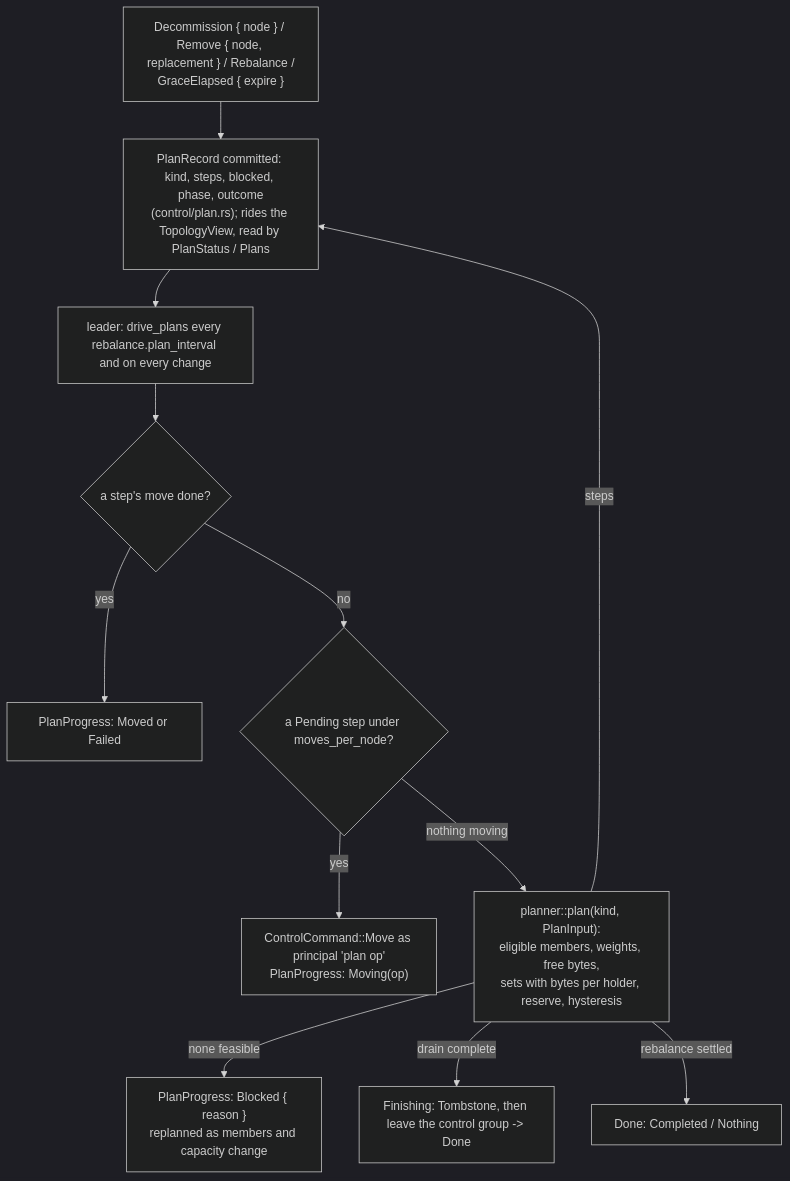
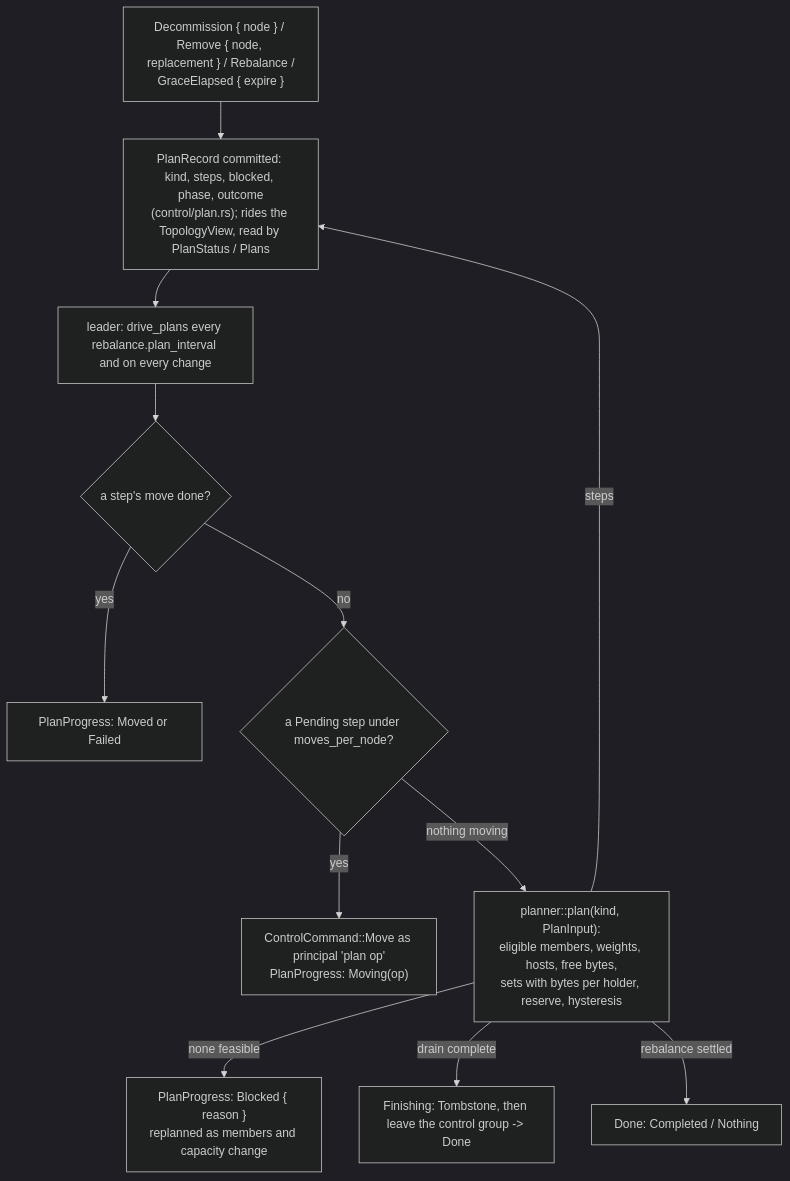
The second of 3 diagrams in docs/src/distributed/rebalancing.md (mjcarson/shoal), drawn with Mermaid (dark theme) before and after one commit. The commit also changed other lines of this file and 47 other files, not shown here.

````diff
--- a/docs/src/distributed/rebalancing.md
+++ b/docs/src/distributed/rebalancing.md
@@ -73,14 +73,14 @@
 ```mermaid
 flowchart TB
     op["Decommission { node } / Remove { node, replacement } / Rebalance /<br/>GraceElapsed { expire }"] --> rec["PlanRecord committed: kind, steps, blocked, phase, outcome<br/>(control/plan.rs); rides the TopologyView, read by PlanStatus / Plans"]
     rec --> tick["leader: drive_plans every rebalance.plan_interval and on every change"]
     tick --> done{"a step's move done?"}
     done -- yes --> mark["PlanProgress: Moved or Failed"]
     done -- no --> pend{"a Pending step under moves_per_node?"}
     pend -- yes --> mv["ControlCommand::Move as principal 'plan op'<br/>PlanProgress: Moving(op)"]
-    pend -- "nothing moving" --> plan["planner::plan(kind, PlanInput):<br/>eligible members, weights, free bytes,<br/>sets with bytes per holder, reserve, hysteresis"]
+    pend -- "nothing moving" --> plan["planner::plan(kind, PlanInput):<br/>eligible members, weights, hosts, free bytes,<br/>sets with bytes per holder, reserve, hysteresis"]
     plan -- steps --> rec
     plan -- "none feasible" --> blk["PlanProgress: Blocked { reason }<br/>replanned as members and capacity change"]
     plan -- "drain complete" --> fin["Finishing: Tombstone, then leave the control group -> Done"]
     plan -- "rebalance settled" --> ok["Done: Completed / Nothing"]
 ```
````
